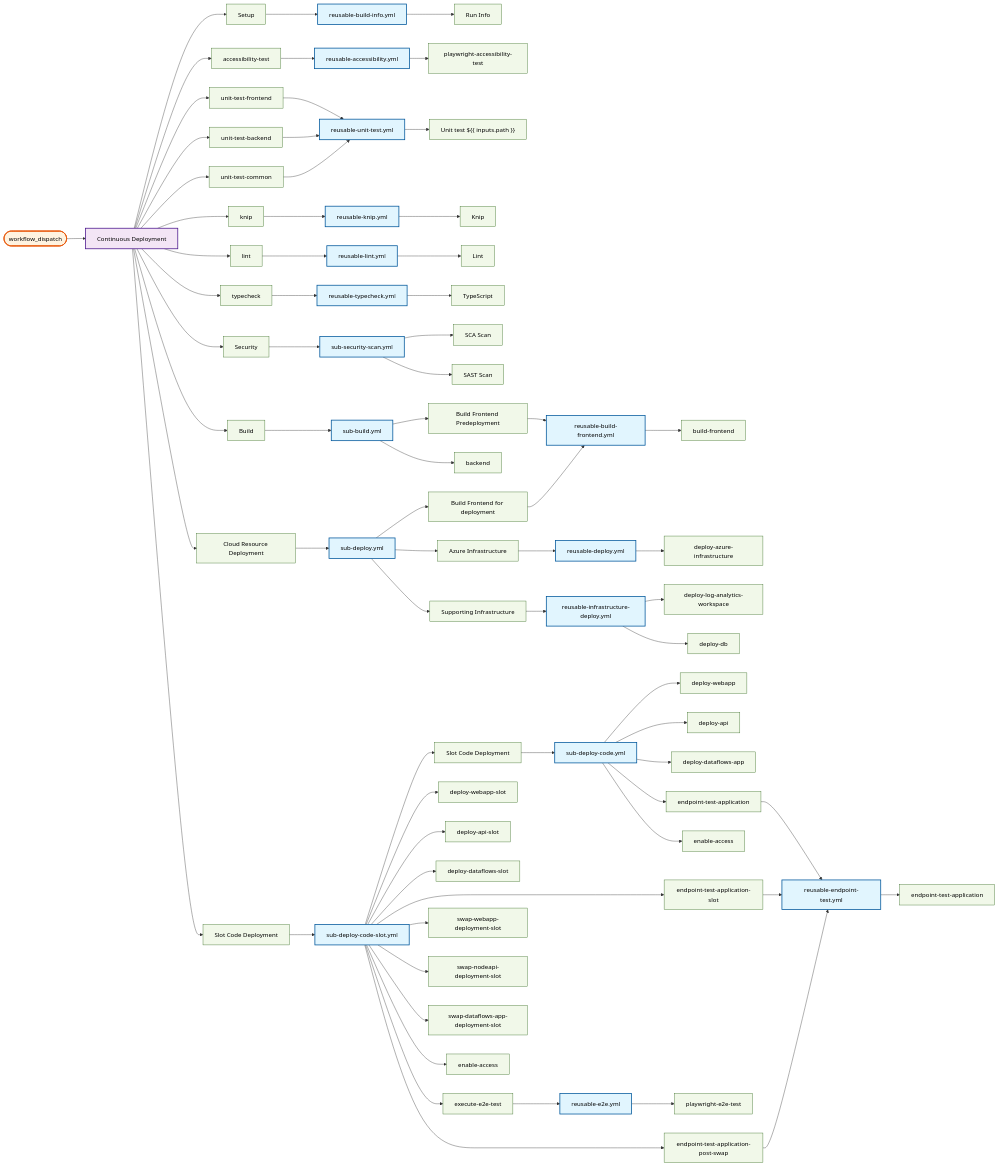
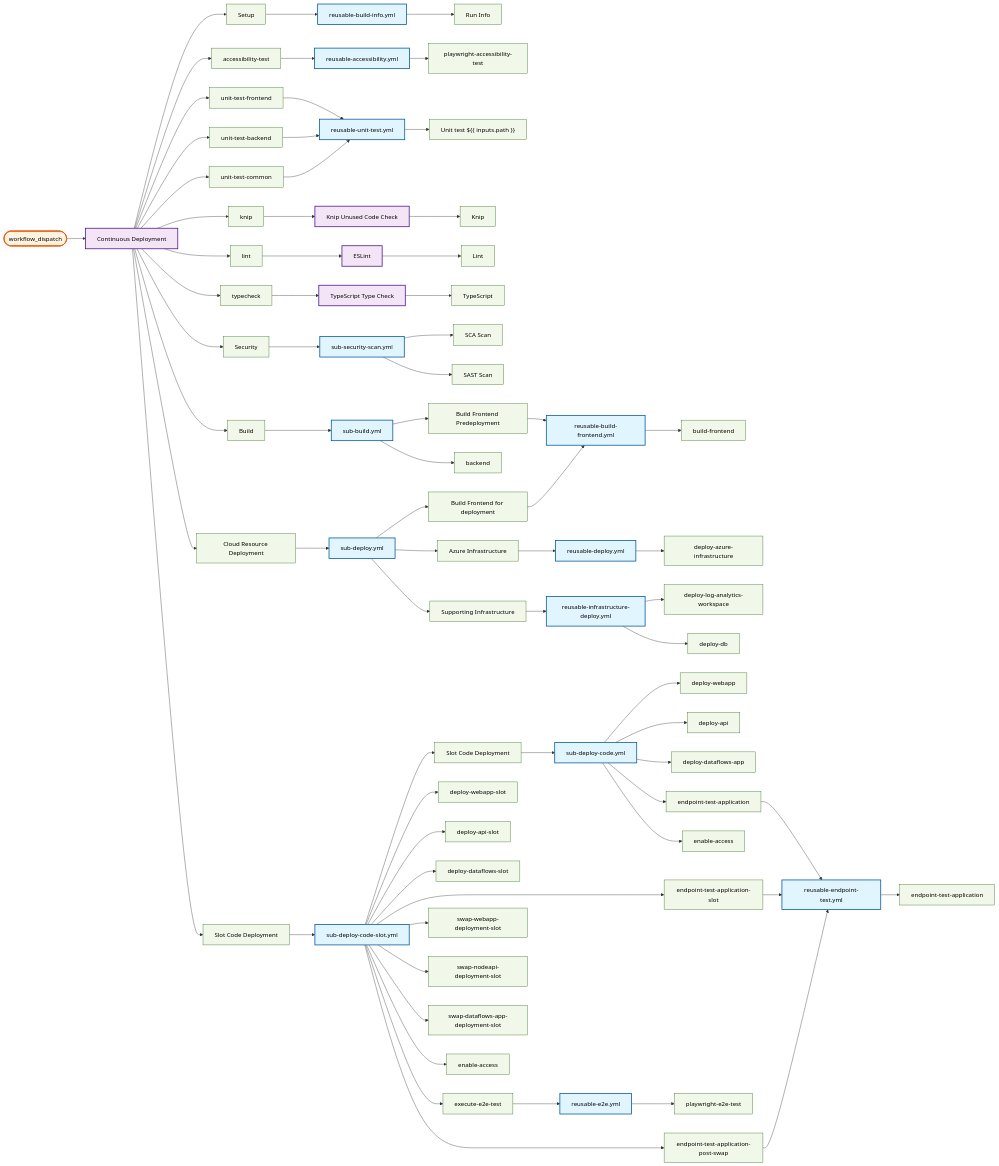
One commit to US-Trustee-Program/Bankruptcy-Oversight-Support-Systems changed diagram 15 of 27 in docs/operations/workflow-diagram.md. Above: the diagram before and after it, drawn with Mermaid. The commit also changed other lines of this file and 12 other files, not shown here.

```diff
--- a/docs/operations/workflow-diagram.md
+++ b/docs/operations/workflow-diagram.md
@@ -796,13 +810,13 @@
     continuous_deployment_yml_unit_test_backend["unit-test-backend"]
     continuous_deployment_yml_unit_test_common["unit-test-common"]
     continuous_deployment_yml_knip["knip"]
-    reusable_knip_yml["reusable-knip.yml"]
+    reusable_knip_yml["Knip Unused Code Check"]
     reusable_knip_yml_knip["Knip"]
     continuous_deployment_yml_lint["lint"]
-    reusable_lint_yml["reusable-lint.yml"]
+    reusable_lint_yml["ESLint"]
     reusable_lint_yml_lint["Lint"]
     continuous_deployment_yml_typecheck["typecheck"]
-    reusable_typecheck_yml["reusable-typecheck.yml"]
+    reusable_typecheck_yml["TypeScript Type Check"]
     reusable_typecheck_yml_typecheck["TypeScript"]
     continuous_deployment_yml_security_scan["Security"]
     sub_security_scan_yml["sub-security-scan.yml"]
@@ -937,13 +951,13 @@
     class continuous_deployment_yml_unit_test_backend job
     class continuous_deployment_yml_unit_test_common job
     class continuous_deployment_yml_knip job
-    class reusable_knip_yml reusable
+    class reusable_knip_yml mainWorkflow
     class reusable_knip_yml_knip job
     class continuous_deployment_yml_lint job
-    class reusable_lint_yml reusable
+    class reusable_lint_yml mainWorkflow
     class reusable_lint_yml_lint job
     class continuous_deployment_yml_typecheck job
-    class reusable_typecheck_yml reusable
+    class reusable_typecheck_yml mainWorkflow
     class reusable_typecheck_yml_typecheck job
     class continuous_deployment_yml_security_scan job
     class sub_security_scan_yml reusable
```
